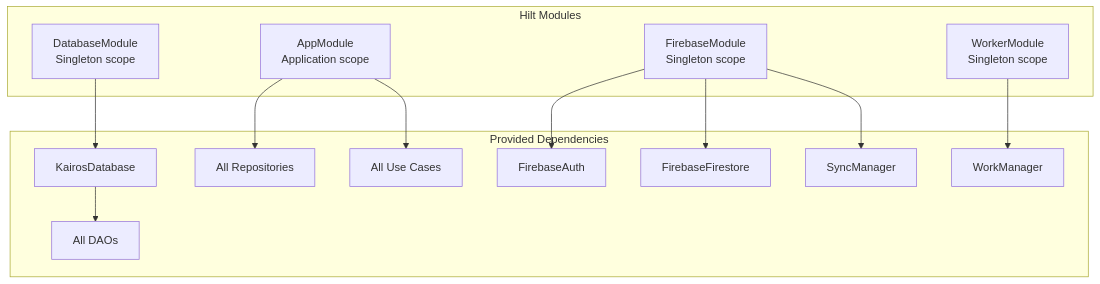
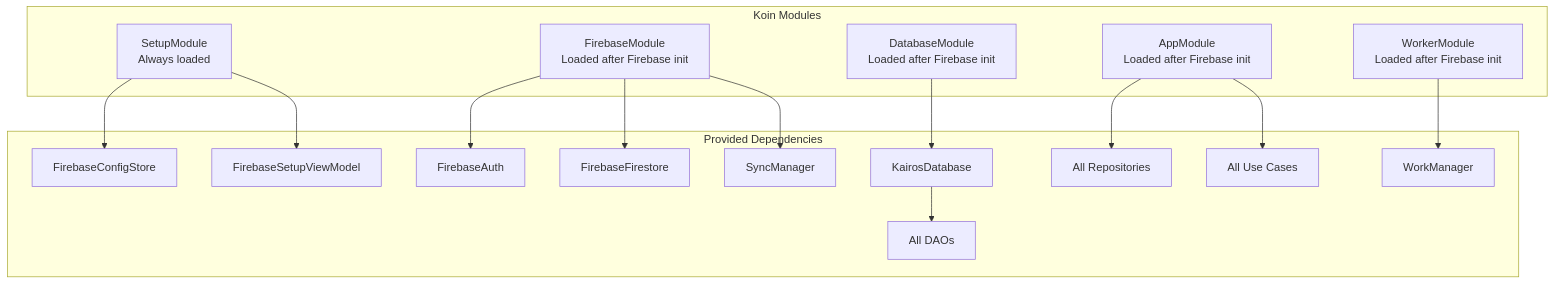
One commit to getaltair/kairos changed diagram 13 of 17 in docs/07-architecture.md. Above: the diagram before and after it, drawn with Mermaid. The commit also changed other lines of this file and 7 other files, not shown here.

First line of the commit message:
docs: update documentation and create ADR for runtime Firebase config

````diff
--- a/docs/07-architecture.md
+++ b/docs/07-architecture.md
@@ -533,28 +535,33 @@
 ```mermaid
 flowchart TB
-    subgraph Modules["Hilt Modules"]
-        AppModule["AppModule<br/>Application scope"]
-        DatabaseModule["DatabaseModule<br/>Singleton scope"]
-        FirebaseModule["FirebaseModule<br/>Singleton scope"]
-        WorkerModule["WorkerModule<br/>Singleton scope"]
+    subgraph Modules["Koin Modules"]
+        SetupModule["SetupModule<br/>Always loaded"]
+        FirebaseModule["FirebaseModule<br/>Loaded after Firebase init"]
+        DatabaseModule["DatabaseModule<br/>Loaded after Firebase init"]
+        AppModule["AppModule<br/>Loaded after Firebase init"]
+        WorkerModule["WorkerModule<br/>Loaded after Firebase init"]
     end
-    
+
     subgraph Provides["Provided Dependencies"]
+        ConfigStore["FirebaseConfigStore"]
+        SetupVM["FirebaseSetupViewModel"]
+        FireAuth["FirebaseAuth"]
+        FireFS["FirebaseFirestore"]
         DB["KairosDatabase"]
         DAOs["All DAOs"]
         Repos["All Repositories"]
         UseCases["All Use Cases"]
-        FireAuth["FirebaseAuth"]
-        FireFS["FirebaseFirestore"]
         SyncMgr["SyncManager"]
         WorkMgr["WorkManager"]
     end
-    
-    DatabaseModule --> DB --> DAOs
+
+    SetupModule --> ConfigStore
+    SetupModule --> SetupVM
     FirebaseModule --> FireAuth
     FirebaseModule --> FireFS
     FirebaseModule --> SyncMgr
+    DatabaseModule --> DB --> DAOs
     AppModule --> Repos
     AppModule --> UseCases
     WorkerModule --> WorkMgr
 ```
````
